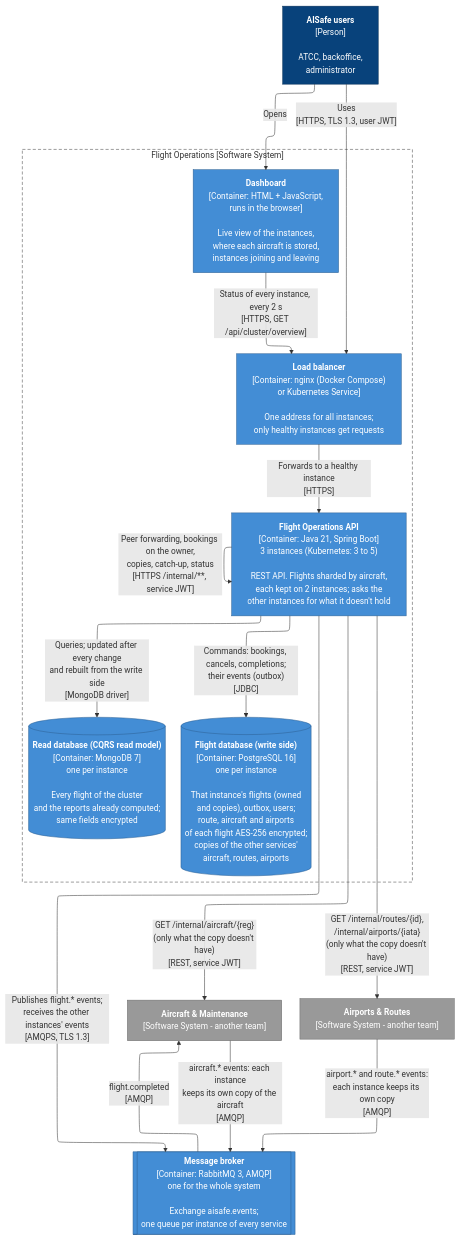
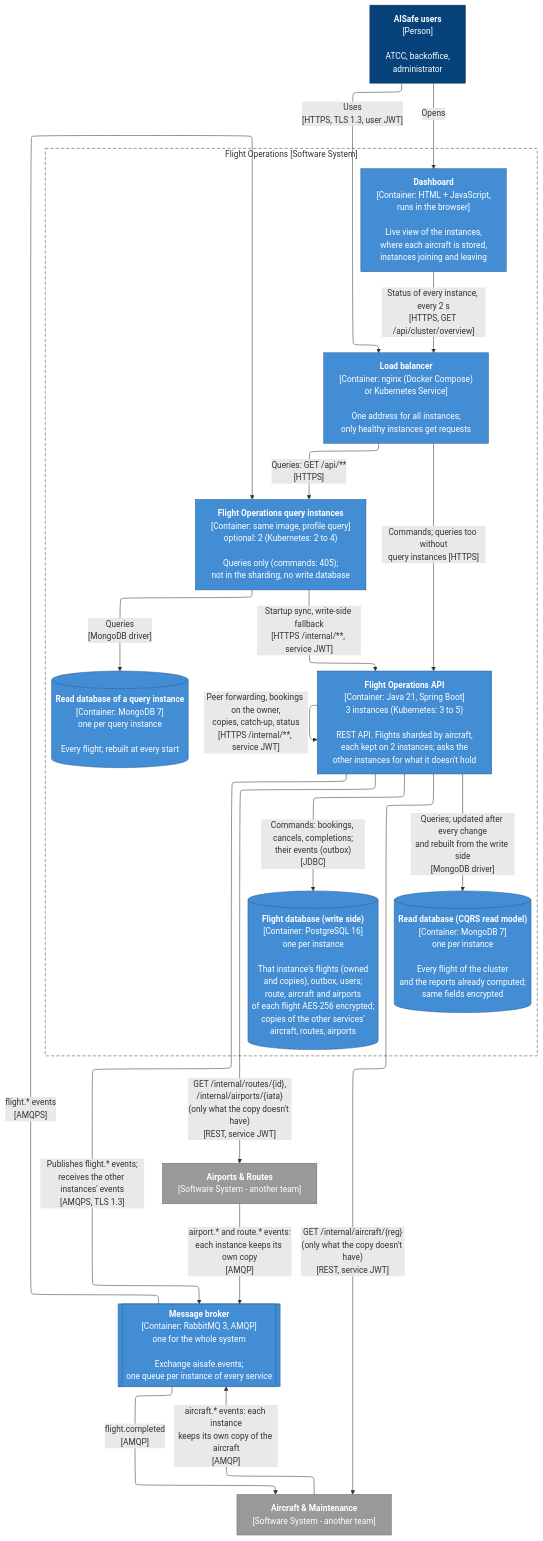
The diagram in docs/c4/2-containers.mmd (ImJay1527/flight-operations-service), drawn with Mermaid before and after one commit. The commit also changed 8 other files, not shown here.

Commit message:
Postman folder 17 and docs for the query instances

```diff
--- a/docs/c4/2-containers.mmd
+++ b/docs/c4/2-containers.mmd
@@ -1,45 +1,51 @@
 ---
 config:
   layout: elk
   flowchart:
     wrappingWidth: 400
 ---
 %% C4 Level 2 - Containers of Flight Operations: the separately deployable parts and how they talk
 flowchart TB
     users["<b>AISafe users</b><br/>[Person]<br/><br/>ATCC, backoffice,<br/>administrator"]
 
     subgraph FO["Flight Operations [Software System]"]
         direction TB
         dash["<b>Dashboard</b><br/>[Container: HTML + JavaScript,<br/>runs in the browser]<br/><br/>Live view of the instances,<br/>where each aircraft is stored,<br/>instances joining and leaving"]
         lb["<b>Load balancer</b><br/>[Container: nginx (Docker Compose)<br/>or Kubernetes Service]<br/><br/>One address for all instances;<br/>only healthy instances get requests"]
         api["<b>Flight Operations API</b><br/>[Container: Java 21, Spring Boot]<br/>3 instances (Kubernetes: 3 to 5)<br/><br/>REST API. Flights sharded by aircraft,<br/>each kept on 2 instances; asks the<br/>other instances for what it doesn't hold"]
         db[("<b>Flight database (write side)</b><br/>[Container: PostgreSQL 16]<br/>one per instance<br/><br/>That instance's flights (owned<br/>and copies), outbox, users;<br/>route, aircraft and airports<br/>of each flight AES-256 encrypted;<br/>copies of the other services'<br/>aircraft, routes, airports")]
         rdb[("<b>Read database (CQRS read model)</b><br/>[Container: MongoDB 7]<br/>one per instance<br/><br/>Every flight of the cluster<br/>and the reports already computed;<br/>same fields encrypted")]
+        qapi["<b>Flight Operations query instances</b><br/>[Container: same image, profile query]<br/>optional: 2 (Kubernetes: 2 to 4)<br/><br/>Queries only (commands: 405);<br/>not in the sharding, no write database"]
+        qrdb[("<b>Read database of a query instance</b><br/>[Container: MongoDB 7]<br/>one per query instance<br/><br/>Every flight; rebuilt at every start")]
     end
 
     mq[["<b>Message broker</b><br/>[Container: RabbitMQ 3, AMQP]<br/>one for the whole system<br/><br/>Exchange aisafe.events;<br/>one queue per instance of every service"]]
     am["<b>Aircraft & Maintenance</b><br/>[Software System - another team]"]
     ar["<b>Airports & Routes</b><br/>[Software System - another team]"]
 
     users -->|"Uses<br/>[HTTPS, TLS 1.3, user JWT]"| lb
     users -->|"Opens"| dash
     dash -->|"Status of every instance, every 2 s<br/>[HTTPS, GET /api/cluster/overview]"| lb
-    lb -->|"Forwards to a healthy instance<br/>[HTTPS]"| api
+    lb -->|"Commands; queries too without<br/>query instances [HTTPS]"| api
+    lb -->|"Queries: GET /api/**<br/>[HTTPS]"| qapi
+    qapi -->|"Queries<br/>[MongoDB driver]"| qrdb
+    mq -->|"flight.* events<br/>[AMQPS]"| qapi
+    qapi -->|"Startup sync, write-side fallback<br/>[HTTPS /internal/**, service JWT]"| api
     api -->|"Commands: bookings, cancels, completions;<br/>their events (outbox)<br/>[JDBC]"| db
     api -->|"Queries; updated after every change<br/>and rebuilt from the write side<br/>[MongoDB driver]"| rdb
     api -->|"Publishes flight.* events;<br/>receives the other instances' events<br/>[AMQPS, TLS 1.3]"| mq
     mq -->|"flight.completed<br/>[AMQP]"| am
     am -->|"aircraft.* events: each instance<br/>keeps its own copy of the aircraft<br/>[AMQP]"| mq
     api -->|"Peer forwarding, bookings on the owner,<br/>copies, catch-up, status<br/>[HTTPS /internal/**, service JWT]"| api
     api -->|"GET /internal/aircraft/{reg}<br/>(only what the copy doesn't have)<br/>[REST, service JWT]"| am
     api -->|"GET /internal/routes/{id},<br/>/internal/airports/{iata}<br/>(only what the copy doesn't have)<br/>[REST, service JWT]"| ar
     ar -->|"airport.* and route.* events:<br/>each instance keeps its own copy<br/>[AMQP]"| mq
 
     classDef person fill:#08427b,stroke:#052e56,color:#ffffff
     classDef container fill:#438dd5,stroke:#2e6295,color:#ffffff
     classDef external fill:#999999,stroke:#6b6b6b,color:#ffffff
     class users person
-    class dash,lb,api,db,rdb container
+    class dash,lb,api,db,rdb,qapi,qrdb container
     class am,ar external
     class mq container
     style FO fill:none,stroke:#444444,stroke-dasharray:6 4
```
